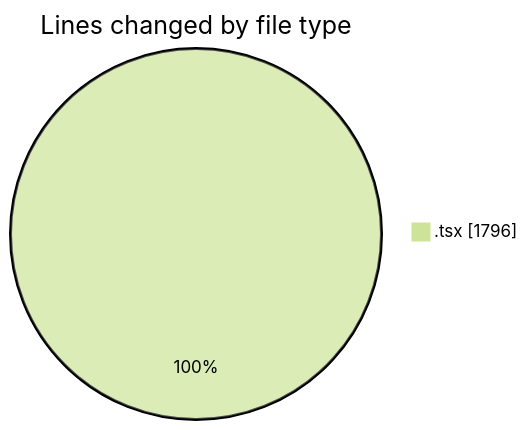
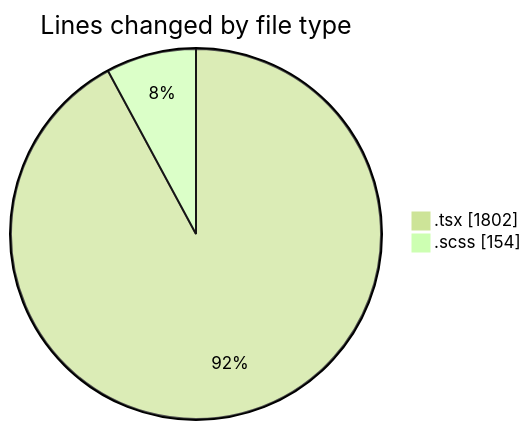
The first of 2 diagrams in 2025-10-03/cda/README.md (momahboobian/code-tracking), drawn with Mermaid (forest theme) before and after one commit. The commit also changed other lines of this file and 1 other file, not shown here.

````diff
--- a/2025-10-03/cda/README.md
+++ b/2025-10-03/cda/README.md
@@ -23,5 +24,6 @@
 ```mermaid
 pie showData
 title Lines changed by file type
-".tsx" : 1796
+".tsx" : 1802
+".scss" : 154
 ```
````
